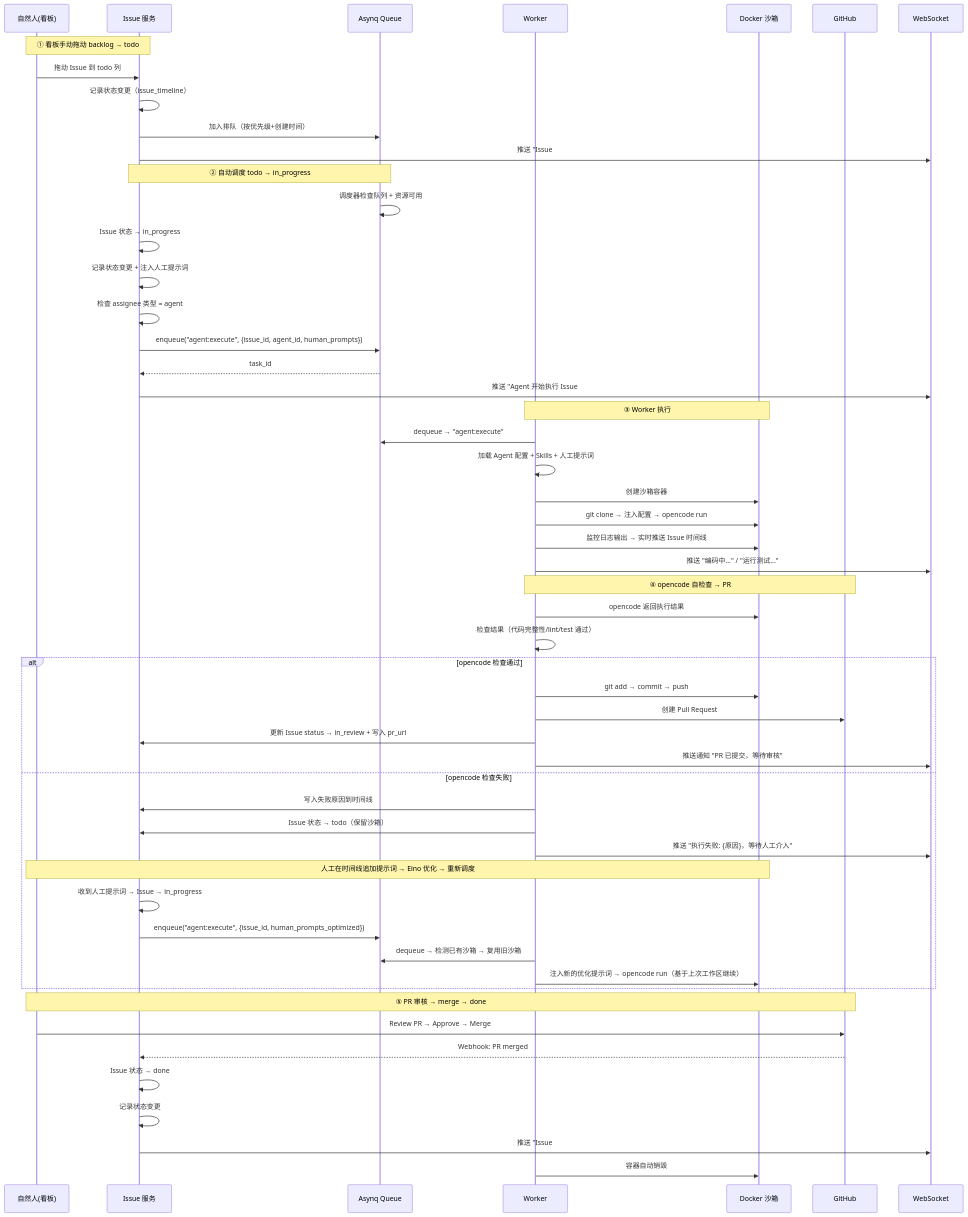
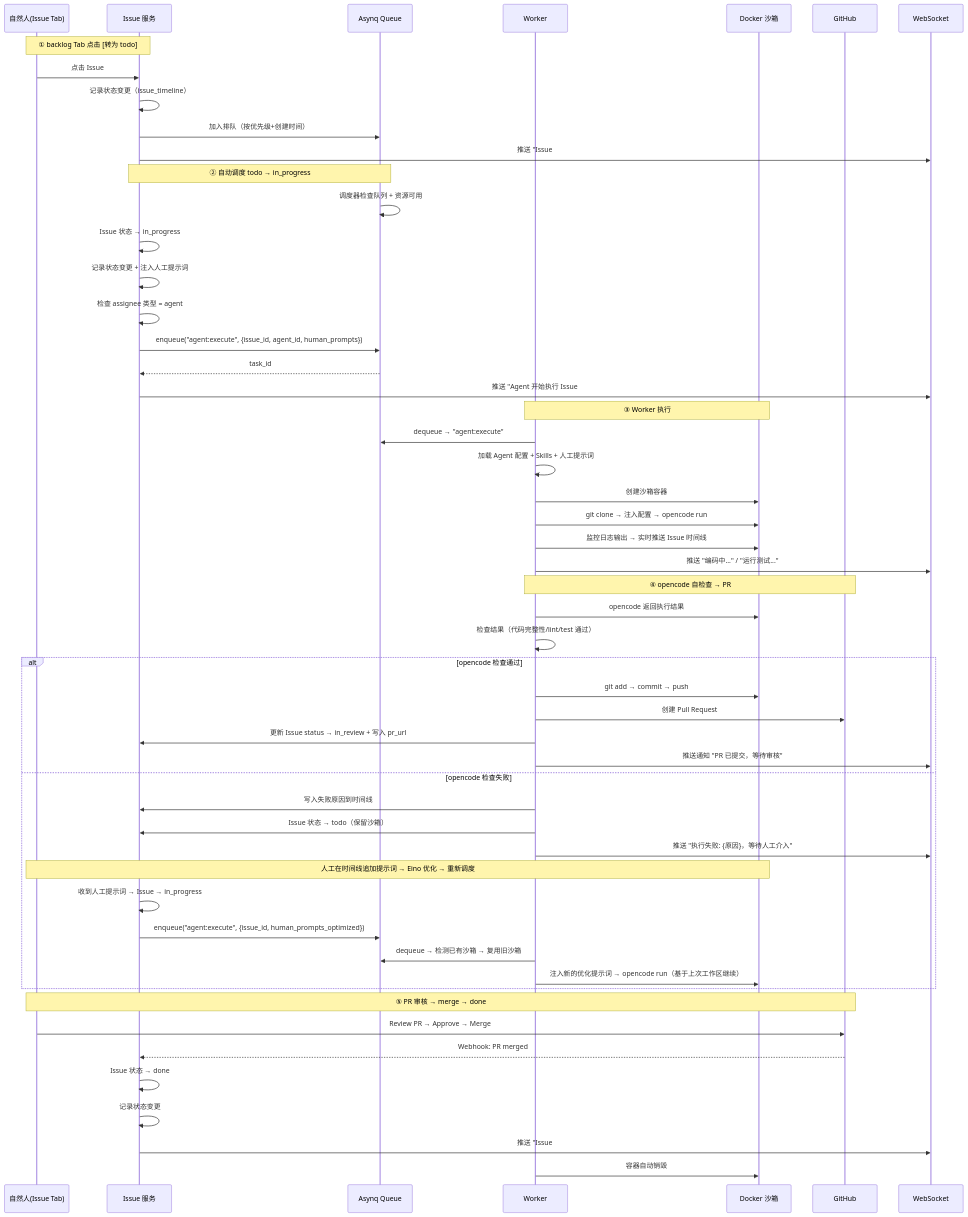
Before and after one commit to huagelong/anserFlow: the fifth of 8 diagrams in docs/plan/architecture-analysis.md, drawn with Mermaid. The commit also changed other lines of this file, not shown here.

First line of the commit message:
docs(architecture): 看板改为Tab视图 + /backlog约束为单Issue + 输入校验

````diff
--- a/docs/plan/architecture-analysis.md
+++ b/docs/plan/architecture-analysis.md
@@ -4458,60 +4489,60 @@
 ```mermaid
 sequenceDiagram
-    participant H as 自然人(看板)
+    participant H as 自然人(Issue Tab)
     participant ISS as Issue 服务
     participant Q as Asynq Queue
     participant W as Worker
     participant D as Docker 沙箱
     participant GH as GitHub
     participant WS as WebSocket
 
-    Note over H,ISS: ① 看板手动拖动 backlog → todo
-    H->>ISS: 拖动 Issue 到 todo 列
+    Note over H,ISS: ① backlog Tab 点击 [转为 todo]
+    H->>ISS: 点击 Issue #1 的 [转为 todo]
     ISS->>ISS: 记录状态变更（issue_timeline）
     ISS->>Q: 加入排队（按优先级+创建时间）
     ISS->>WS: 推送 "Issue #1 已排队等待执行"
 
     Note over ISS,Q: ② 自动调度 todo → in_progress
     Q->>Q: 调度器检查队列 + 资源可用
     ISS->>ISS: Issue 状态 → in_progress
     ISS->>ISS: 记录状态变更 + 注入人工提示词
     ISS->>ISS: 检查 assignee 类型 = agent
     ISS->>Q: enqueue("agent:execute", {issue_id, agent_id, human_prompts})
     Q-->>ISS: task_id
     ISS->>WS: 推送 "Agent 开始执行 Issue #1"
 
     Note over W,D: ③ Worker 执行
     W->>Q: dequeue → "agent:execute"
     W->>W: 加载 Agent 配置 + Skills + 人工提示词
     W->>D: 创建沙箱容器
     W->>D: git clone → 注入配置 → opencode run
     W->>D: 监控日志输出 → 实时推送 Issue 时间线
     W->>WS: 推送 "编码中..." / "运行测试..."
 
     Note over W,GH: ④ opencode 自检查 → PR
     W->>D: opencode 返回执行结果
     W->>W: 检查结果（代码完整性/lint/test 通过）
     alt opencode 检查通过
         W->>D: git add → commit → push
         W->>GH: 创建 Pull Request
         W->>ISS: 更新 Issue status → in_review + 写入 pr_url
         W->>WS: 推送通知 "PR 已提交，等待审核"
     else opencode 检查失败
         W->>ISS: 写入失败原因到时间线
         W->>ISS: Issue 状态 → todo（保留沙箱）
         W->>WS: 推送 "执行失败: {原因}，等待人工介入"
         Note over H,D: 人工在时间线追加提示词 → Eino 优化 → 重新调度
         ISS->>ISS: 收到人工提示词 → Issue → in_progress
         ISS->>Q: enqueue("agent:execute", {issue_id, human_prompts_optimized})
         W->>Q: dequeue → 检测已有沙箱 → 复用旧沙箱
         W->>D: 注入新的优化提示词 → opencode run（基于上次工作区继续）
     end
 
     Note over H,GH: ⑤ PR 审核 → merge → done
     H->>GH: Review PR → Approve → Merge
     GH-->>ISS: Webhook: PR merged
     ISS->>ISS: Issue 状态 → done
     ISS->>ISS: 记录状态变更
     ISS->>WS: 推送 "Issue #1 已完成"
     W->>D: 容器自动销毁
 ```
````
